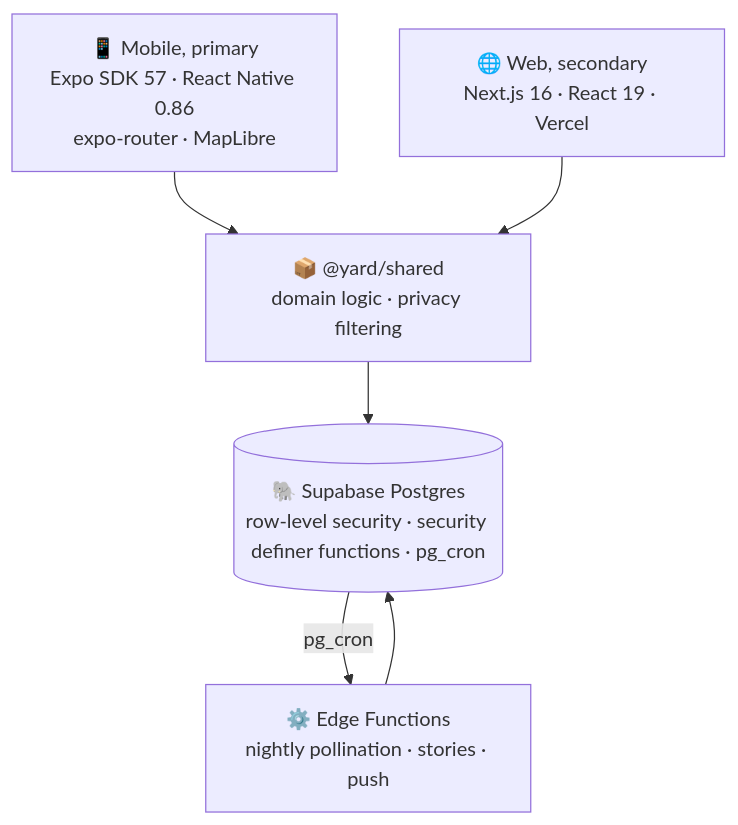
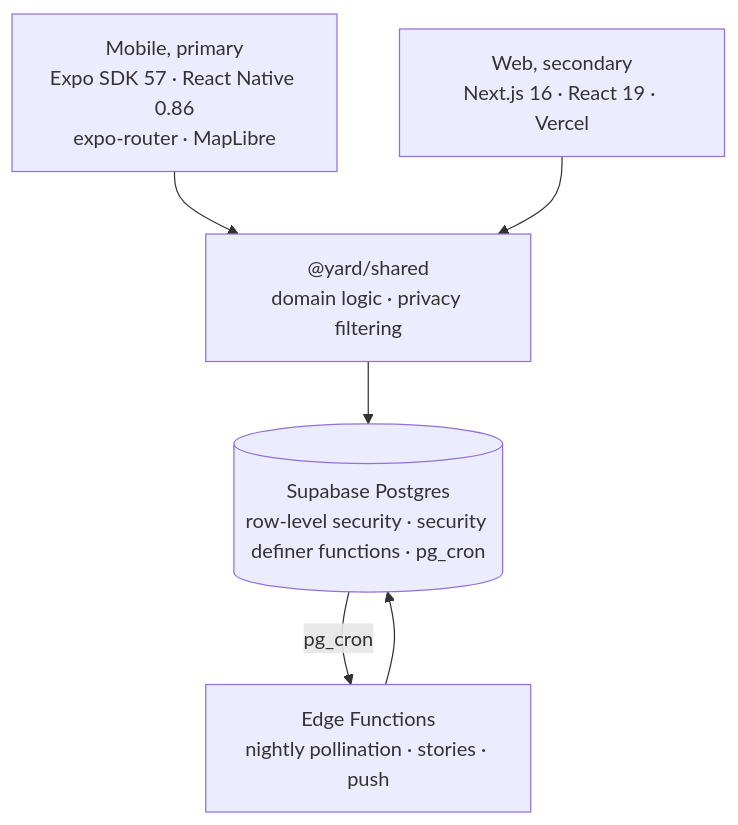
Before and after one commit to leohngdev/yard-social: the diagram in README.md, drawn with Mermaid. The commit also changed other lines of this file and 6 other files, not shown here.

````diff
--- a/README.md
+++ b/README.md
@@ -160,14 +160,14 @@
 ```mermaid
 flowchart TD
-    M["📱 Mobile, primary<br>Expo SDK 57 · React Native 0.86<br>expo-router · MapLibre"]
-    W["🌐 Web, secondary<br>Next.js 16 · React 19 · Vercel"]
-    S["📦 @yard/shared<br>domain logic · privacy filtering"]
-    DB[("🐘 Supabase Postgres<br>row-level security · security definer functions · pg_cron")]
-    F["⚙️ Edge Functions<br>nightly pollination · stories · push"]
+    M["Mobile, primary<br>Expo SDK 57 · React Native 0.86<br>expo-router · MapLibre"]
+    W["Web, secondary<br>Next.js 16 · React 19 · Vercel"]
+    S["@yard/shared<br>domain logic · privacy filtering"]
+    DB[("Supabase Postgres<br>row-level security · security definer functions · pg_cron")]
+    F["Edge Functions<br>nightly pollination · stories · push"]
 
     M --> S
     W --> S
     S --> DB
     DB -- "pg_cron" --> F
     F --> DB
 ```
````
